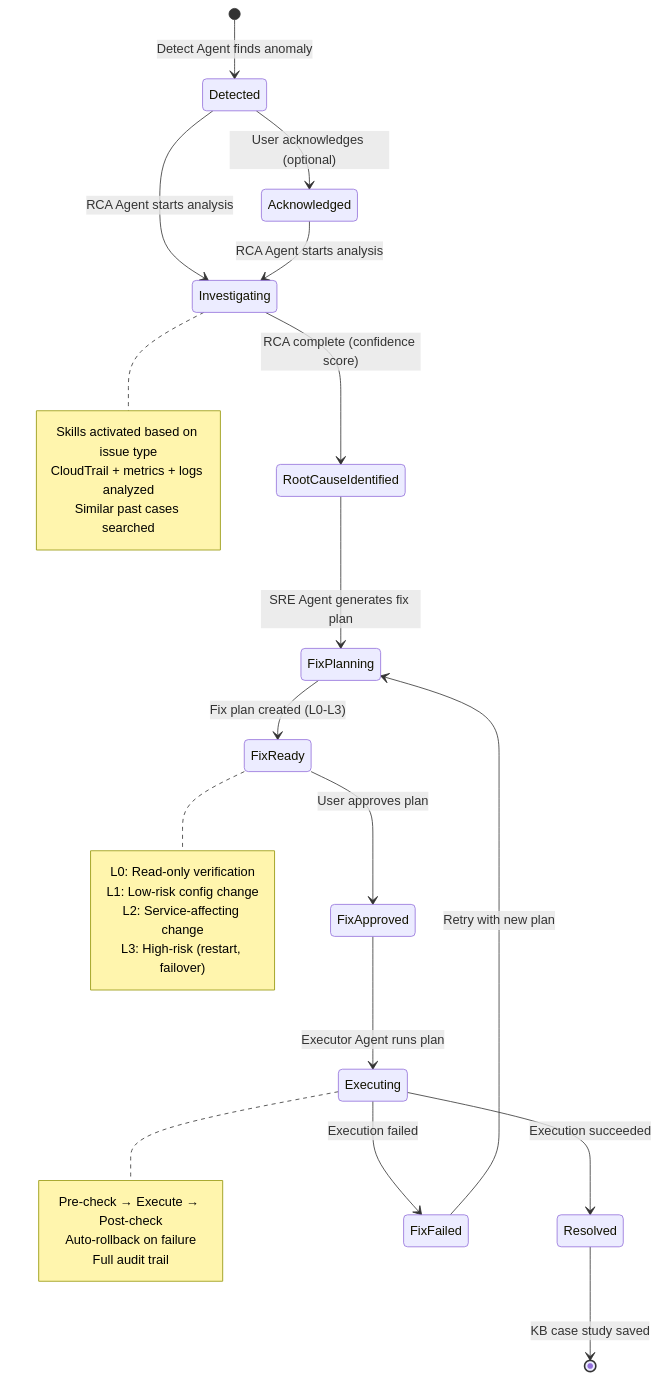
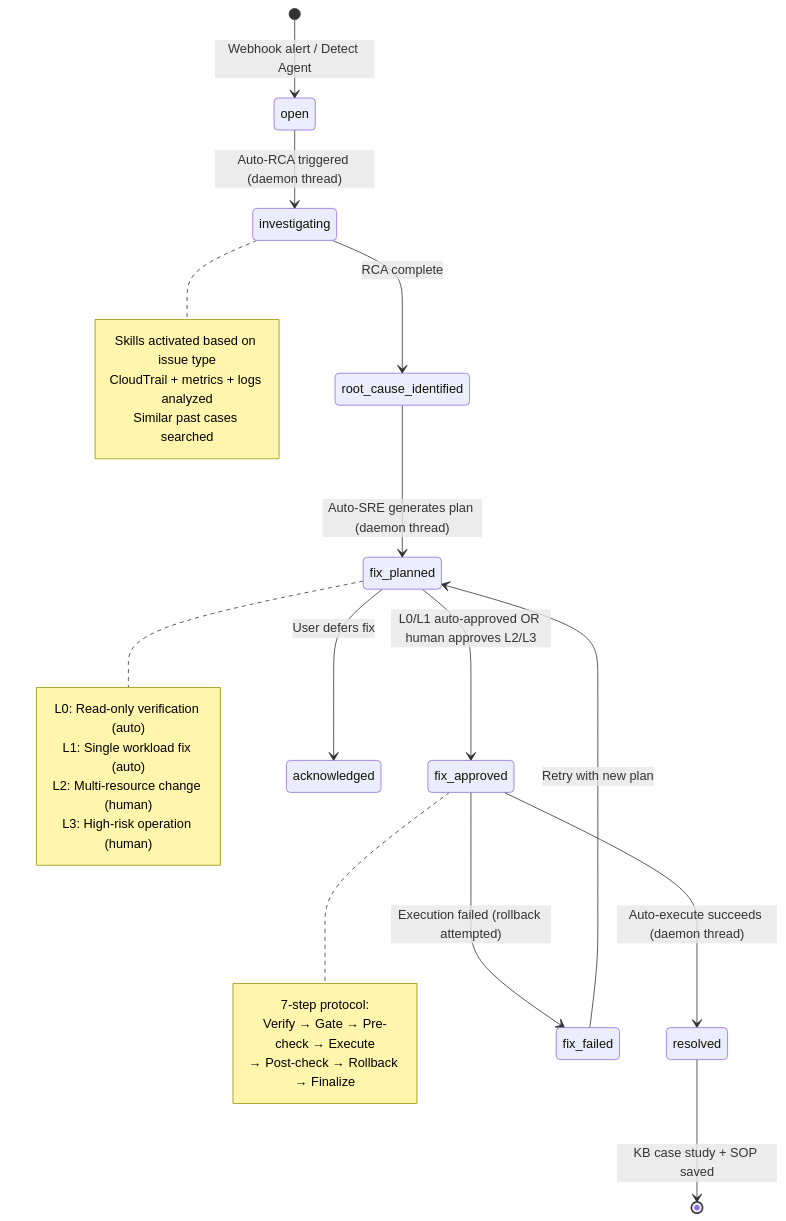
The second of 8 diagrams in docs/WORKFLOW.md (LiboMa/agenticops-chat), drawn with Mermaid before and after one commit. The commit also changed other lines of this file and 2 other files, not shown here.

First line of the commit message:
docs: add web service workflow + auto-fix pipeline to WORKFLOW.md and DESIGN.md

````diff
--- a/docs/WORKFLOW.md
+++ b/docs/WORKFLOW.md
@@ -110,40 +110,37 @@
 ```mermaid
 stateDiagram-v2
-    [*] --> Detected : Detect Agent finds anomaly
-    Detected --> Acknowledged : User acknowledges (optional)
-    Detected --> Investigating : RCA Agent starts analysis
-    Acknowledged --> Investigating : RCA Agent starts analysis
+    [*] --> open : Webhook alert / Detect Agent
+    open --> investigating : Auto-RCA triggered (daemon thread)
 
-    Investigating --> RootCauseIdentified : RCA complete (confidence score)
-    RootCauseIdentified --> FixPlanning : SRE Agent generates fix plan
+    investigating --> root_cause_identified : RCA complete
 
-    FixPlanning --> FixReady : Fix plan created (L0-L3)
+    root_cause_identified --> fix_planned : Auto-SRE generates plan (daemon thread)
 
-    FixReady --> FixApproved : User approves plan
-    FixApproved --> Executing : Executor Agent runs plan
+    fix_planned --> fix_approved : L0/L1 auto-approved OR human approves L2/L3
+    fix_planned --> acknowledged : User defers fix
 
-    Executing --> Resolved : Execution succeeded
-    Executing --> FixFailed : Execution failed
-    FixFailed --> FixPlanning : Retry with new plan
+    fix_approved --> resolved : Auto-execute succeeds (daemon thread)
+    fix_approved --> fix_failed : Execution failed (rollback attempted)
+    fix_failed --> fix_planned : Retry with new plan
 
-    Resolved --> [*] : KB case study saved
+    resolved --> [*] : KB case study + SOP saved
 
-    note right of Investigating
+    note right of investigating
         Skills activated based on issue type
         CloudTrail + metrics + logs analyzed
         Similar past cases searched
     end note
 
-    note right of FixReady
-        L0: Read-only verification
-        L1: Low-risk config change
-        L2: Service-affecting change
-        L3: High-risk (restart, failover)
+    note right of fix_planned
+        L0: Read-only verification (auto)
+        L1: Single workload fix (auto)
+        L2: Multi-resource change (human)
+        L3: High-risk operation (human)
     end note
 
-    note right of Executing
-        Pre-check → Execute → Post-check
-        Auto-rollback on failure
-        Full audit trail
+    note right of fix_approved
+        7-step protocol:
+        Verify → Gate → Pre-check → Execute
+        → Post-check → Rollback → Finalize
     end note
 ```
````
